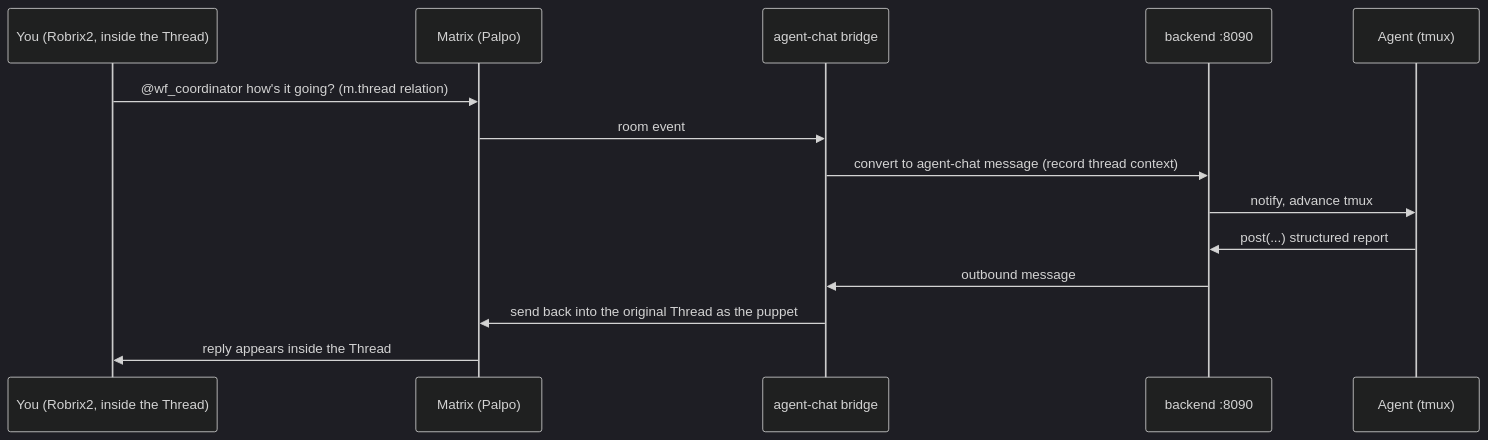
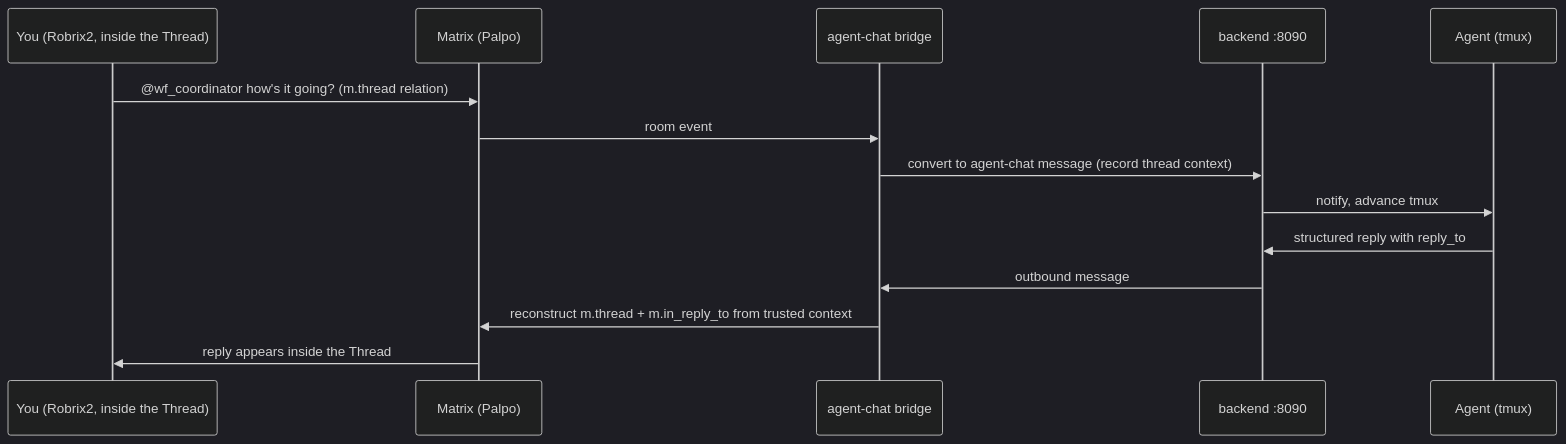
Before and after one commit to Project-Robius-China/robrix2: the diagram in book/en/src/part2/threads.md, drawn with Mermaid (dark theme). The commit also changed other lines of this file and 42 other files, not shown here.

````diff
--- a/book/en/src/part2/threads.md
+++ b/book/en/src/part2/threads.md
@@ -9,17 +9,17 @@
 ```mermaid
 sequenceDiagram
     participant H as You (Robrix2, inside the Thread)
     participant M as Matrix (Palpo)
     participant B as agent-chat bridge
     participant BE as backend :8090
     participant A as Agent (tmux)
 
     H->>M: @wf_coordinator how's it going? (m.thread relation)
     M->>B: room event
     B->>BE: convert to agent-chat message (record thread context)
     BE->>A: notify, advance tmux
-    A->>BE: post(...) structured report
+    A->>BE: structured reply with reply_to
     BE->>B: outbound message
-    B->>M: send back into the original Thread as the puppet
+    B->>M: reconstruct m.thread + m.in_reply_to from trusted context
     M->>H: reply appears inside the Thread
 ```
````
